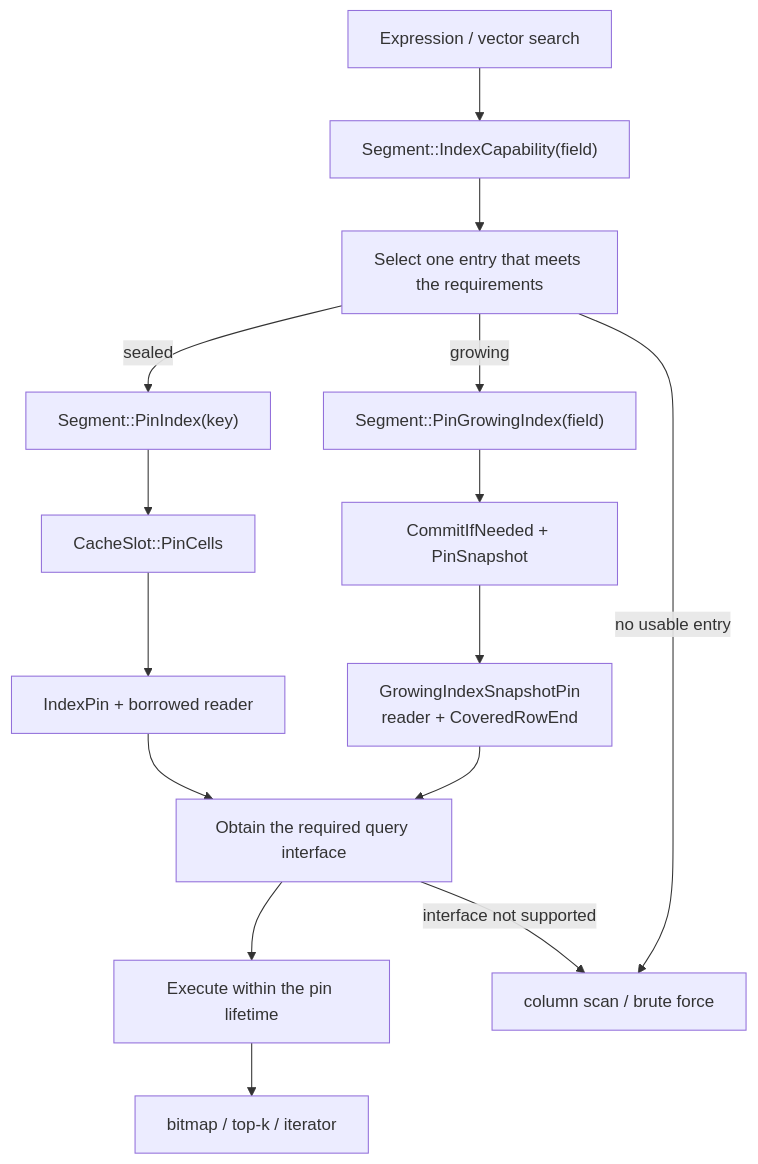
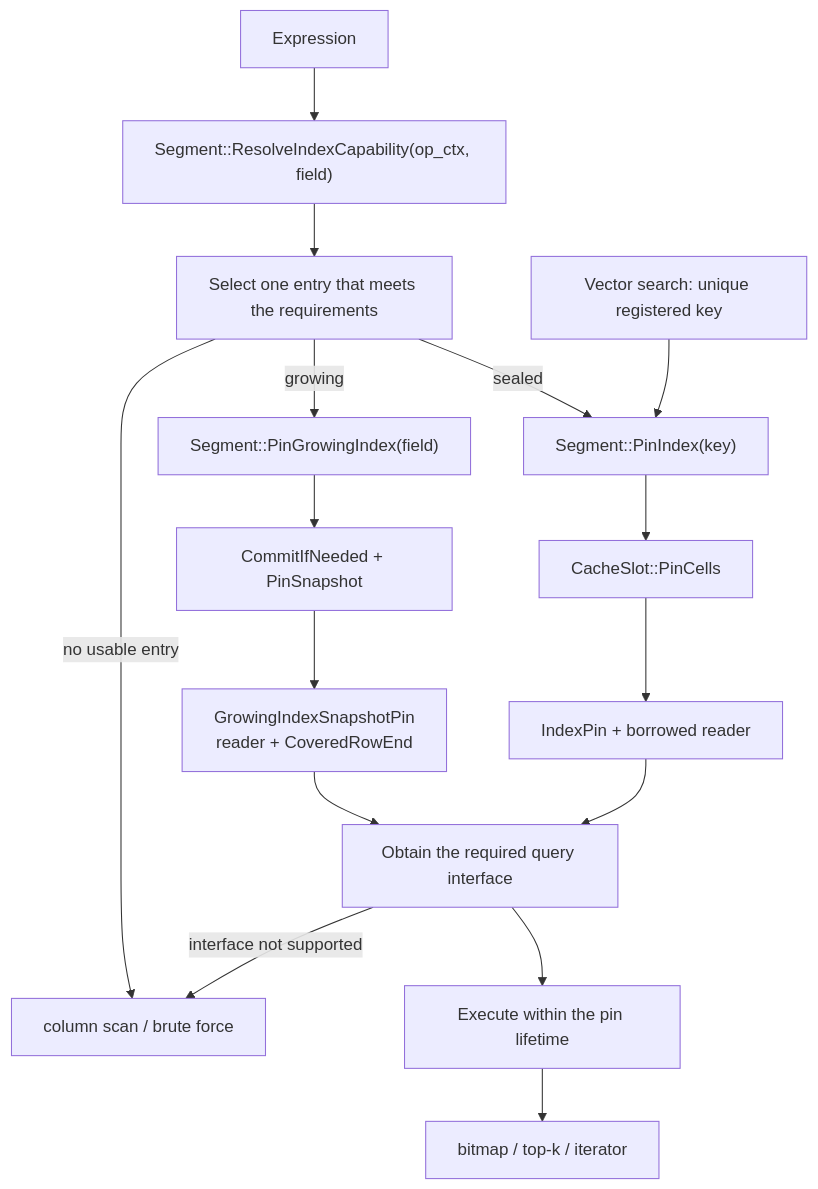
One commit to milvus-io/milvus changed the second of 2 diagrams in internal/core/src/segcore/indexing/README.md. Above: the diagram before and after it, drawn with Mermaid. The commit also changed other lines of this file and 28 other files, not shown here.

````diff
--- a/internal/core/src/segcore/indexing/README.md
+++ b/internal/core/src/segcore/indexing/README.md
@@ -70,21 +106,22 @@
 ```mermaid
 flowchart TB
-    query["Expression / vector search"] --> caps["Segment::IndexCapability(field)"]
+    query["Expression"] --> caps["Segment::ResolveIndexCapability(op_ctx, field)"]
     caps --> select["Select one entry that meets the requirements"]
 
     select -->|sealed| spin["Segment::PinIndex(key)"]
+    vector["Vector search: unique registered key"] --> spin
     spin --> cells["CacheSlot::PinCells"]
     cells --> indexpin["IndexPin + borrowed reader"]
 
     select -->|growing| gpin["Segment::PinGrowingIndex(field)"]
     gpin --> commit["CommitIfNeeded + PinSnapshot"]
     commit --> snapshot["GrowingIndexSnapshotPin<br/>reader + CoveredRowEnd"]
 
     indexpin --> cast["Obtain the required query interface"]
     snapshot --> cast
     cast --> execute["Execute within the pin lifetime"]
     execute --> result["bitmap / top-k / iterator"]
 
     select -->|no usable entry| fallback["column scan / brute force"]
     cast -->|interface not supported| fallback
 ```
````
